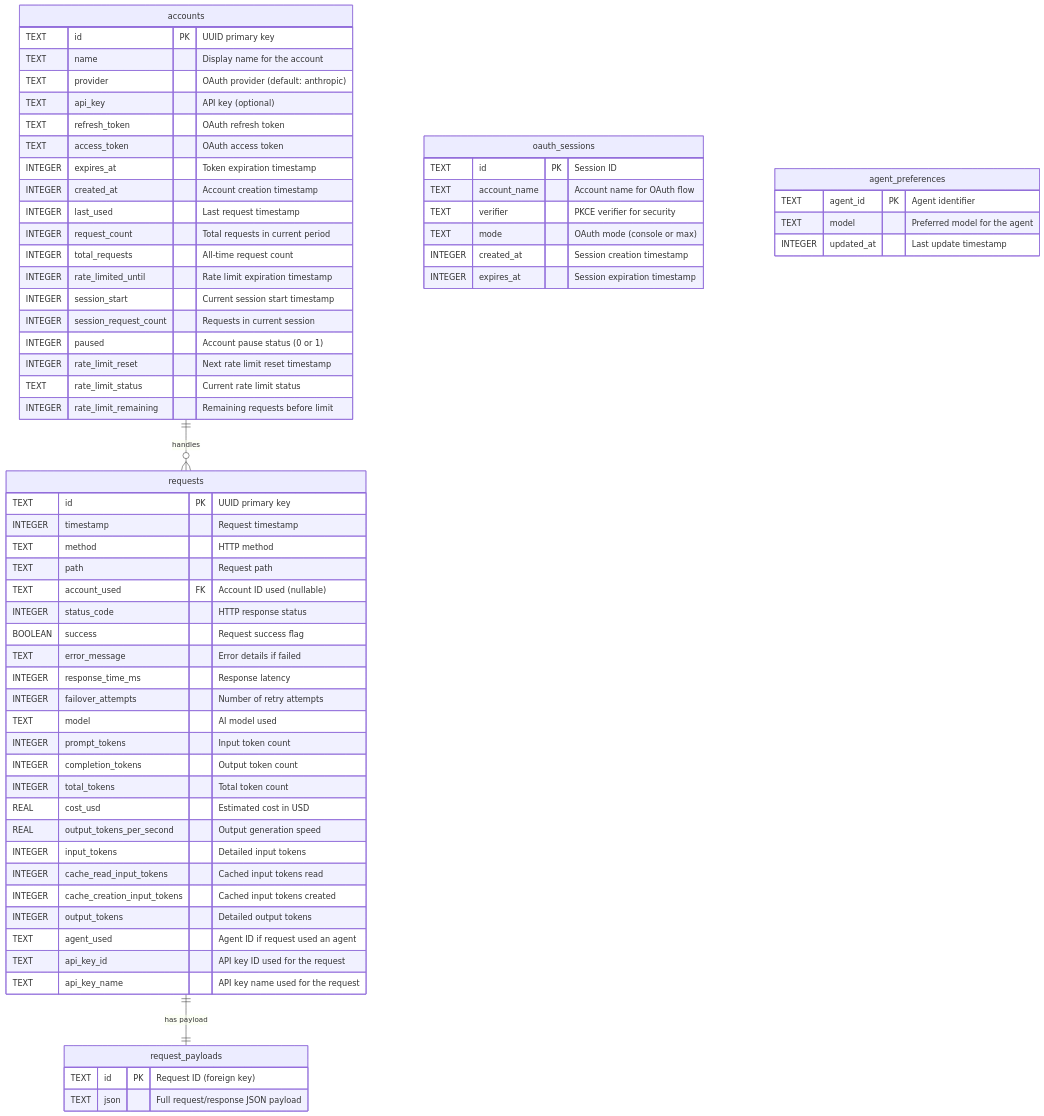
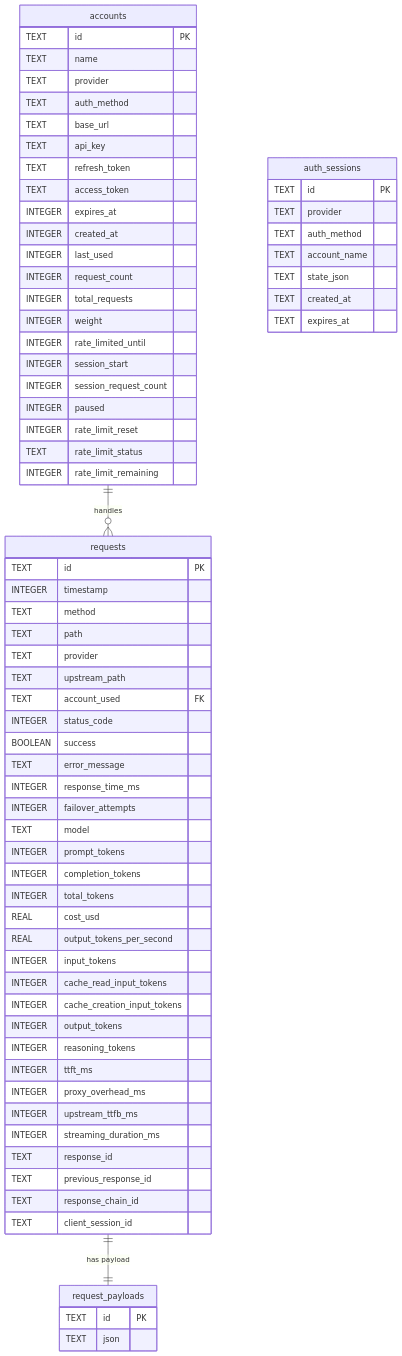
Before and after one commit to zenprocess/better-ccflare: the first of 2 diagrams in docs/database.md, drawn with Mermaid. The commit also changed other lines of this file and 1026 other files, not shown here.

````diff
--- a/docs/database.md
+++ b/docs/database.md
@@ -33,72 +23,78 @@
 ```mermaid
 erDiagram
     accounts {
-        TEXT id PK "UUID primary key"
-        TEXT name "Display name for the account"
-        TEXT provider "OAuth provider (default: anthropic)"
-        TEXT api_key "API key (optional)"
-        TEXT refresh_token "OAuth refresh token"
-        TEXT access_token "OAuth access token"
-        INTEGER expires_at "Token expiration timestamp"
-        INTEGER created_at "Account creation timestamp"
-        INTEGER last_used "Last request timestamp"
-        INTEGER request_count "Total requests in current period"
-        INTEGER total_requests "All-time request count"
-        INTEGER rate_limited_until "Rate limit expiration timestamp"
-        INTEGER session_start "Current session start timestamp"
-        INTEGER session_request_count "Requests in current session"
-        INTEGER paused "Account pause status (0 or 1)"
-        INTEGER rate_limit_reset "Next rate limit reset timestamp"
-        TEXT rate_limit_status "Current rate limit status"
-        INTEGER rate_limit_remaining "Remaining requests before limit"
+        TEXT id PK
+        TEXT name
+        TEXT provider
+        TEXT auth_method
+        TEXT base_url
+        TEXT api_key
+        TEXT refresh_token
+        TEXT access_token
+        INTEGER expires_at
+        INTEGER created_at
+        INTEGER last_used
+        INTEGER request_count
+        INTEGER total_requests
+        INTEGER weight
+        INTEGER rate_limited_until
+        INTEGER session_start
+        INTEGER session_request_count
+        INTEGER paused
+        INTEGER rate_limit_reset
+        TEXT rate_limit_status
+        INTEGER rate_limit_remaining
     }
-    
+
     requests {
-        TEXT id PK "UUID primary key"
-        INTEGER timestamp "Request timestamp"
-        TEXT method "HTTP method"
-        TEXT path "Request path"
-        TEXT account_used FK "Account ID used (nullable)"
-        INTEGER status_code "HTTP response status"
-        BOOLEAN success "Request success flag"
-        TEXT error_message "Error details if failed"
-        INTEGER response_time_ms "Response latency"
-        INTEGER failover_attempts "Number of retry attempts"
-        TEXT model "AI model used"
-        INTEGER prompt_tokens "Input token count"
-        INTEGER completion_tokens "Output token count"
-        INTEGER total_tokens "Total token count"
-        REAL cost_usd "Estimated cost in USD"
-        REAL output_tokens_per_second "Output generation speed"
-        INTEGER input_tokens "Detailed input tokens"
-        INTEGER cache_read_input_tokens "Cached input tokens read"
-        INTEGER cache_creation_input_tokens "Cached input tokens created"
-        INTEGER output_tokens "Detailed output tokens"
-        TEXT agent_used "Agent ID if request used an agent"
-        TEXT api_key_id "API key ID used for the request"
-        TEXT api_key_name "API key name used for the request"
+        TEXT id PK
+        INTEGER timestamp
+        TEXT method
+        TEXT path
+        TEXT provider
+        TEXT upstream_path
+        TEXT account_used FK
+        INTEGER status_code
+        BOOLEAN success
+        TEXT error_message
+        INTEGER response_time_ms
+        INTEGER failover_attempts
+        TEXT model
+        INTEGER prompt_tokens
+        INTEGER completion_tokens
+        INTEGER total_tokens
+        REAL cost_usd
+        REAL output_tokens_per_second
+        INTEGER input_tokens
+        INTEGER cache_read_input_tokens
+        INTEGER cache_creation_input_tokens
+        INTEGER output_tokens
+        INTEGER reasoning_tokens
+        INTEGER ttft_ms
+        INTEGER proxy_overhead_ms
+        INTEGER upstream_ttfb_ms
+        INTEGER streaming_duration_ms
+        TEXT response_id
+        TEXT previous_response_id
+        TEXT response_chain_id
+        TEXT client_session_id
     }
-    
+
     request_payloads {
-        TEXT id PK "Request ID (foreign key)"
-        TEXT json "Full request/response JSON payload"
+        TEXT id PK
+        TEXT json
     }
-    
-    oauth_sessions {
-        TEXT id PK "Session ID"
-        TEXT account_name "Account name for OAuth flow"
-        TEXT verifier "PKCE verifier for security"
-        TEXT mode "OAuth mode (console or max)"
-        INTEGER created_at "Session creation timestamp"
-        INTEGER expires_at "Session expiration timestamp"
+
+    auth_sessions {
+        TEXT id PK
+        TEXT provider
+        TEXT auth_method
+        TEXT account_name
+        TEXT state_json
+        TEXT created_at
+        TEXT expires_at
     }
-    
-    agent_preferences {
-        TEXT agent_id PK "Agent identifier"
-        TEXT model "Preferred model for the agent"
-        INTEGER updated_at "Last update timestamp"
-    }
-    
+
     accounts ||--o{ requests : "handles"
     requests ||--|| request_payloads : "has payload"
 ```
````
